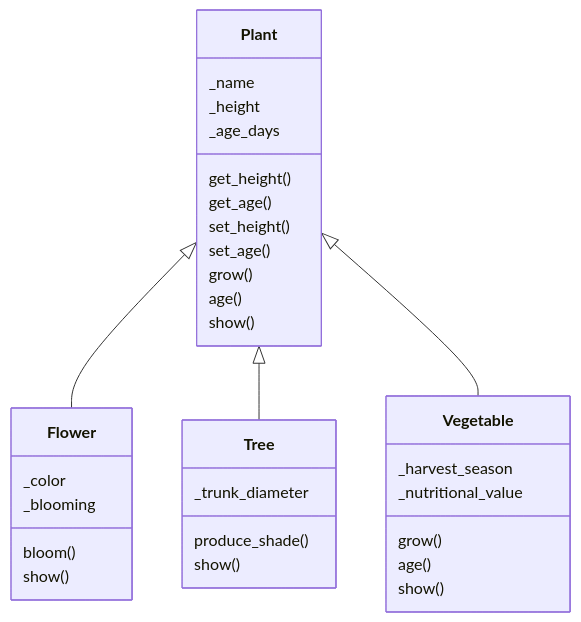
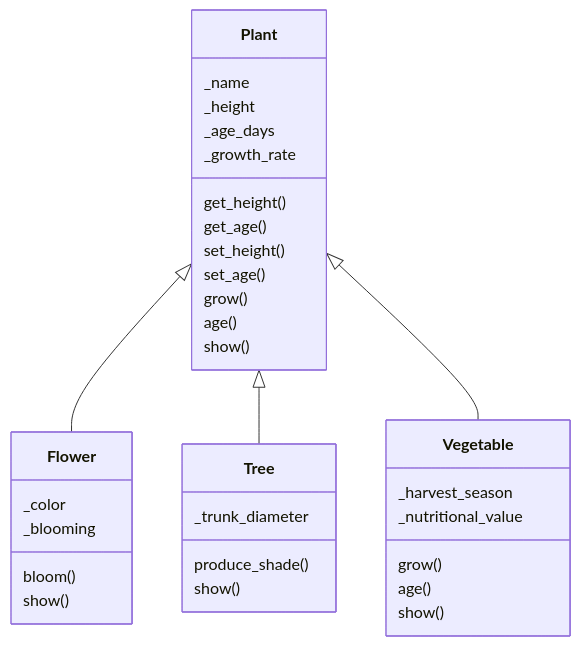
The diagram in python/python-modulo-01/tutorial/docs/07-ex5/02-heranca.md (navegar-sistemas/dojo), drawn with Mermaid before and after one commit. The commit also changed 28 other files, not shown here.

````diff
--- a/python/python-modulo-01/tutorial/docs/07-ex5/02-heranca.md
+++ b/python/python-modulo-01/tutorial/docs/07-ex5/02-heranca.md
@@ -74,36 +74,37 @@
 ```mermaid
 classDiagram
     Plant <|-- Flower
     Plant <|-- Tree
     Plant <|-- Vegetable
     class Plant {
         _name
         _height
         _age_days
+        _growth_rate
         get_height()
         get_age()
         set_height()
         set_age()
         grow()
         age()
         show()
     }
     class Flower {
         _color
         _blooming
         bloom()
         show()
     }
     class Tree {
         _trunk_diameter
         produce_shade()
         show()
     }
     class Vegetable {
         _harvest_season
         _nutritional_value
         grow()
         age()
         show()
     }
 ```
````
